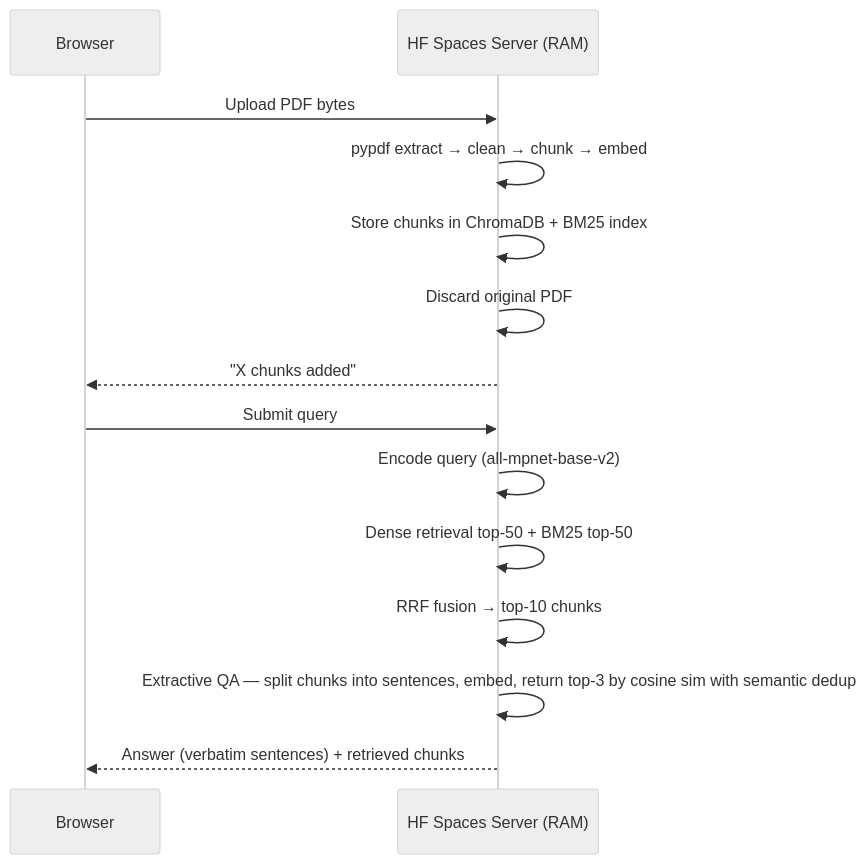
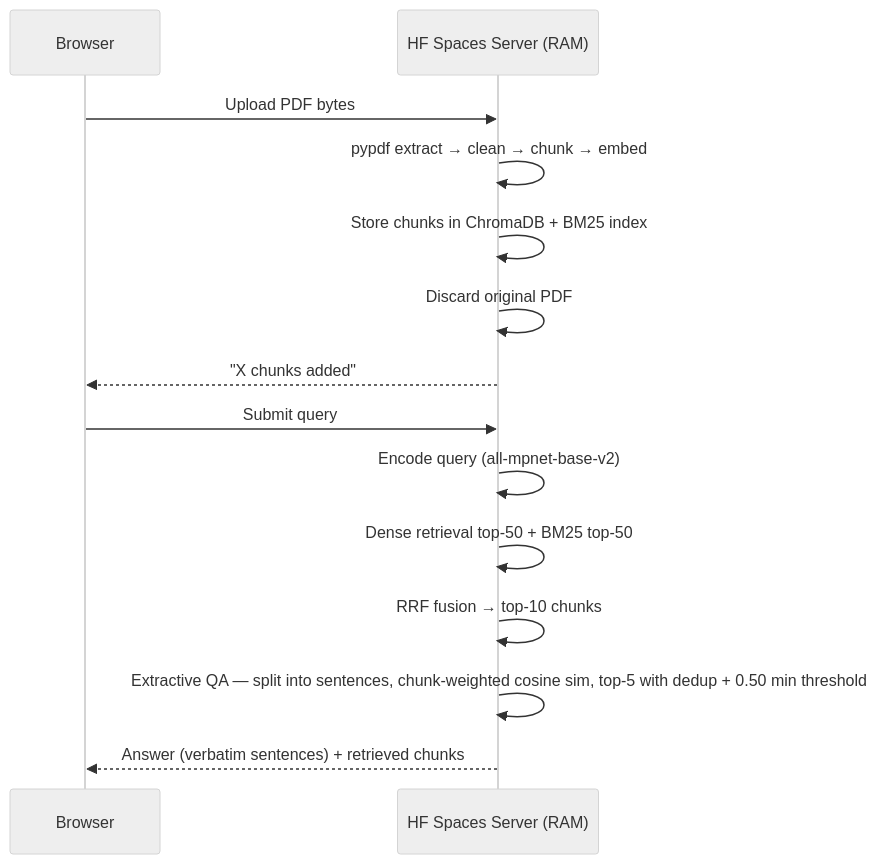
The second of 2 diagrams in README.md (sumanthvelagala/document-rag), drawn with Mermaid (neutral theme) before and after one commit. The commit also changed other lines of this file and 2 other files, not shown here.

````diff
--- a/README.md
+++ b/README.md
@@ -45,18 +45,18 @@
 ```mermaid
 sequenceDiagram
     participant B as Browser
     participant S as HF Spaces Server (RAM)
 
     B->>S: Upload PDF bytes
     S->>S: pypdf extract → clean → chunk → embed
     S->>S: Store chunks in ChromaDB + BM25 index
     S->>S: Discard original PDF
     S-->>B: "X chunks added"
 
     B->>S: Submit query
     S->>S: Encode query (all-mpnet-base-v2)
     S->>S: Dense retrieval top-50 + BM25 top-50
     S->>S: RRF fusion → top-10 chunks
-    S->>S: Extractive QA — split chunks into sentences, embed, return top-3 by cosine sim with semantic dedup
+    S->>S: Extractive QA — split into sentences, chunk-weighted cosine sim, top-5 with dedup + 0.50 min threshold
     S-->>B: Answer (verbatim sentences) + retrieved chunks
 ```
````
